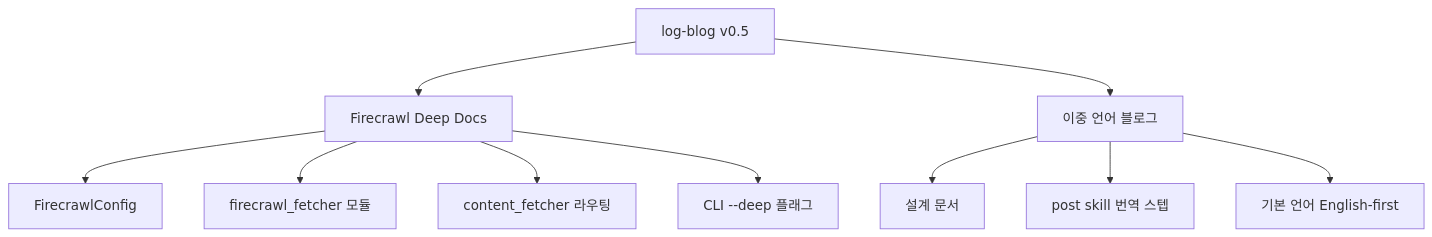
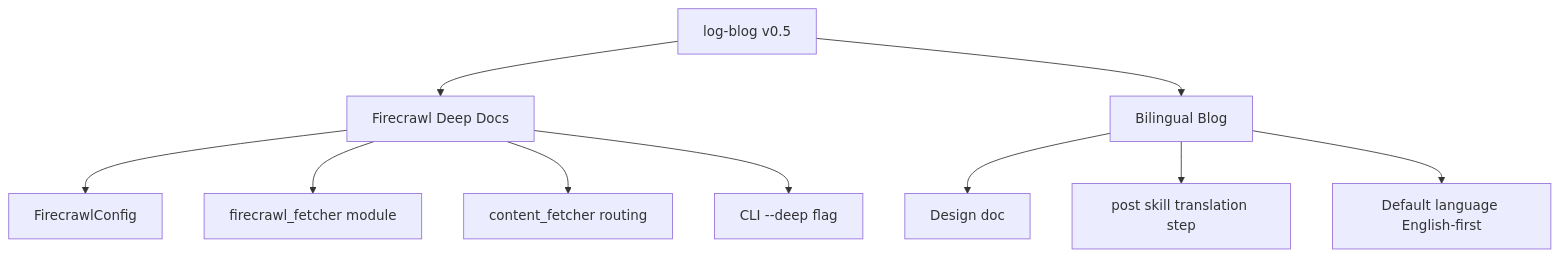
Before and after one commit to ice-ice-bear/ice-ice-bear.github.io: the diagram in content/en/posts/2026-04-02-log-blog-dev5.md, drawn with Mermaid. The commit also changed other lines of this file and 23 other files, not shown here.

````diff
--- a/content/en/posts/2026-04-02-log-blog-dev5.md
+++ b/content/en/posts/2026-04-02-log-blog-dev5.md
@@ -23,14 +23,14 @@
 ```mermaid
 graph TD
     A["log-blog v0.5"] --> B["Firecrawl Deep Docs"]
-    A --> C["이중 언어 블로그"]
+    A --> C["Bilingual Blog"]
 
     B --> B1["FirecrawlConfig"]
-    B --> B2["firecrawl_fetcher 모듈"]
-    B --> B3["content_fetcher 라우팅"]
-    B --> B4["CLI --deep 플래그"]
+    B --> B2["firecrawl_fetcher module"]
+    B --> B3["content_fetcher routing"]
+    B --> B4["CLI --deep flag"]
 
-    C --> C1["설계 문서"]
-    C --> C2["post skill 번역 스텝"]
-    C --> C3["기본 언어 English-first"]
+    C --> C1["Design doc"]
+    C --> C2["post skill translation step"]
+    C --> C3["Default language English-first"]
 ```
````
